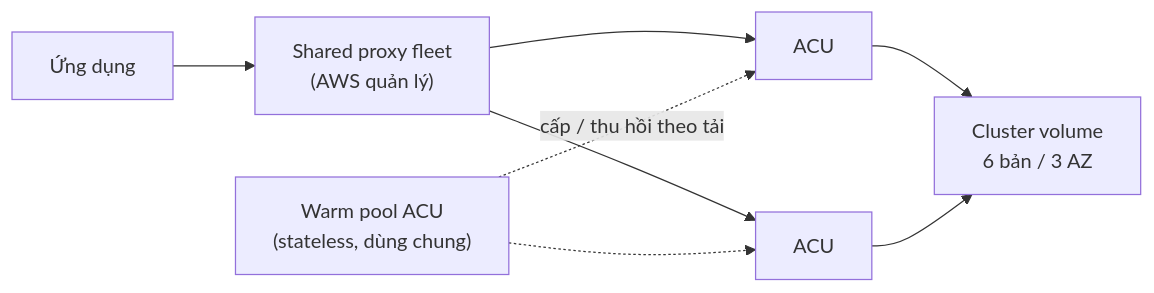
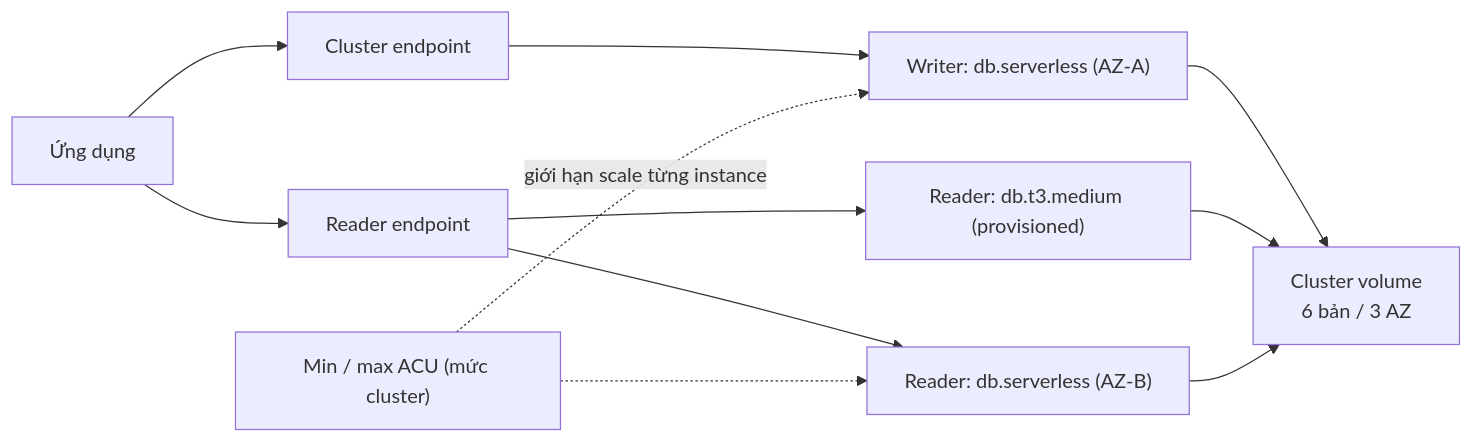
Before and after one commit to hairbui76/aws-saa-c03: the diagram in data/11 Databases/Aurora Serverless.md, drawn with Mermaid. The commit also changed other lines of this file and 68 other files, not shown here.

First line of the commit message:
content(11, 12): cập nhật theo bản khóa mới

````diff
--- a/data/11 Databases/Aurora Serverless.md
+++ b/data/11 Databases/Aurora Serverless.md
@@ -29,10 +33,13 @@
 ```mermaid
 flowchart LR
-  APP["Ứng dụng"] --> PF["Shared proxy fleet<br/>(AWS quản lý)"]
-  PF --> A1["ACU"]
-  PF --> A2["ACU"]
-  POOL["Warm pool ACU<br/>(stateless, dùng chung)"] -. "cấp / thu hồi theo tải" .-> A1
-  POOL -.-> A2
-  A1 --> VOL["Cluster volume<br/>6 bản / 3 AZ"]
-  A2 --> VOL
+  APP["Ứng dụng"] --> CE["Cluster endpoint"]
+  APP --> RE["Reader endpoint"]
+  CE --> W["Writer: db.serverless (AZ-A)"]
+  RE --> R1["Reader: db.t3.medium (provisioned)"]
+  RE --> R2["Reader: db.serverless (AZ-B)"]
+  W --> VOL["Cluster volume<br/>6 bản / 3 AZ"]
+  R1 --> VOL
+  R2 --> VOL
+  MM["Min / max ACU (mức cluster)"] -. "giới hạn scale từng instance" .-> W
+  MM -.-> R2
 ```
````
